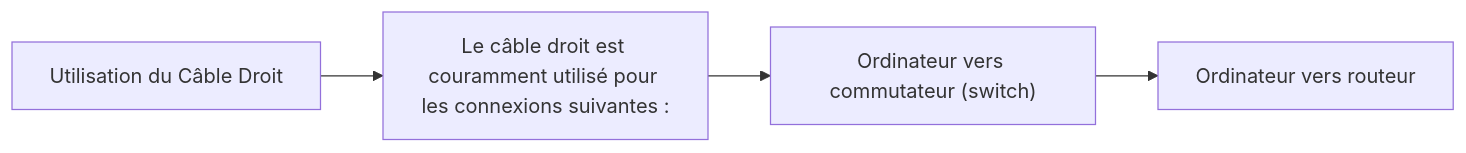
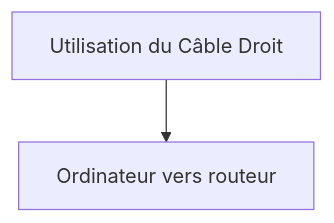
Before and after one commit to sk34pk25/tssr-cours: the fifth of 5 diagrams in docs/modules/01-bases-reseaux/module-01-le-modele-osi.md, drawn with Mermaid. The commit also changed other lines of this file and 12 other files, not shown here.

````diff
--- a/docs/modules/01-bases-reseaux/module-01-le-modele-osi.md
+++ b/docs/modules/01-bases-reseaux/module-01-le-modele-osi.md
@@ -476,10 +360,6 @@
 ```mermaid
-flowchart LR
+flowchart TD
     N1["Utilisation du Câble Droit"]
-    N2["Le câble droit est couramment utilisé pour les connexions suivantes :"]
-    N3["Ordinateur vers commutateur (switch)"]
     N4["Ordinateur vers routeur"]
-    N1 --> N2
-    N2 --> N3
-    N3 --> N4
+    N1 --> N4
 ```
````
